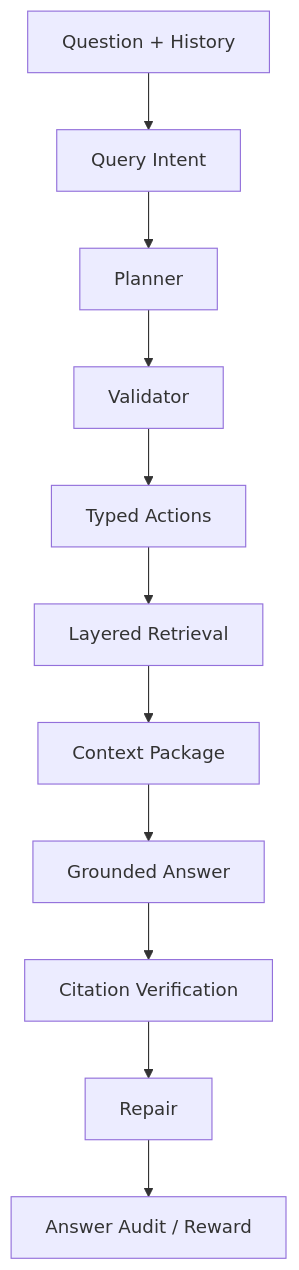
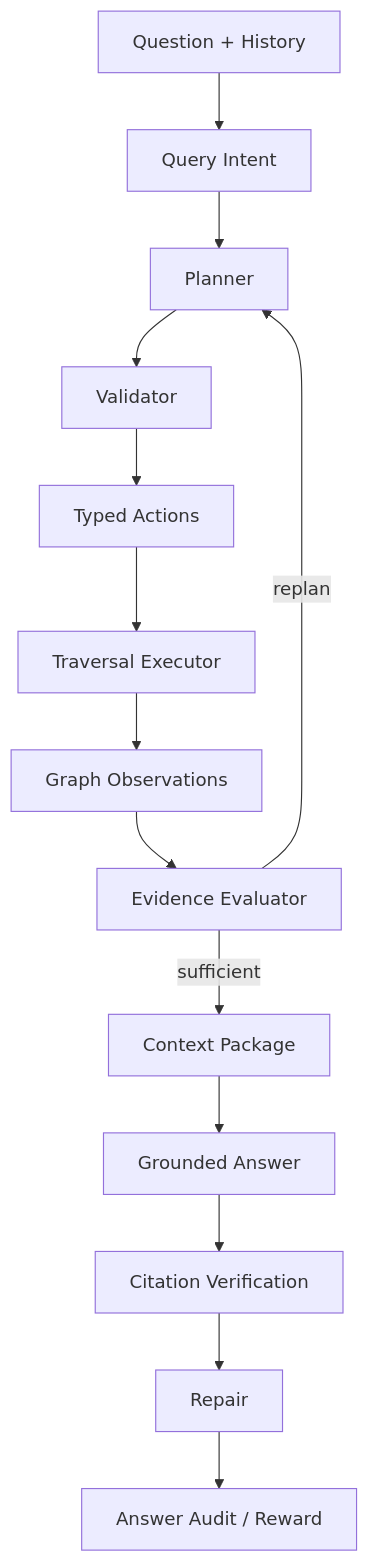
One commit to Sggggt/SymboGraph changed diagram 11 of 11 in docs/technical-spec.md. Above: the diagram before and after it, drawn with Mermaid. The commit also changed other lines of this file and 44 other files, not shown here.

Commit message:
v1.2.1 beta: fine cluster去掉了分词聚类方法，agent把加权分排序法改为分层图检索

````diff
--- a/docs/technical-spec.md
+++ b/docs/technical-spec.md
@@ -1460,13 +1887,16 @@
 ```mermaid
 flowchart TB
     Q["Question + History"] --> I["Query Intent"]
     I --> P["Planner"]
     P --> V["Validator"]
     V --> ACT["Typed Actions"]
-    ACT --> R["Layered Retrieval"]
-    R --> CP["Context Package"]
+    ACT --> E["Traversal Executor"]
+    E --> OBS["Graph Observations"]
+    OBS --> EV["Evidence Evaluator"]
+    EV -->|replan| P
+    EV -->|sufficient| CP["Context Package"]
     CP --> ANS["Grounded Answer"]
     ANS --> CV["Citation Verification"]
     CV --> REP["Repair"]
     REP --> AUD["Answer Audit / Reward"]
 ```
````
